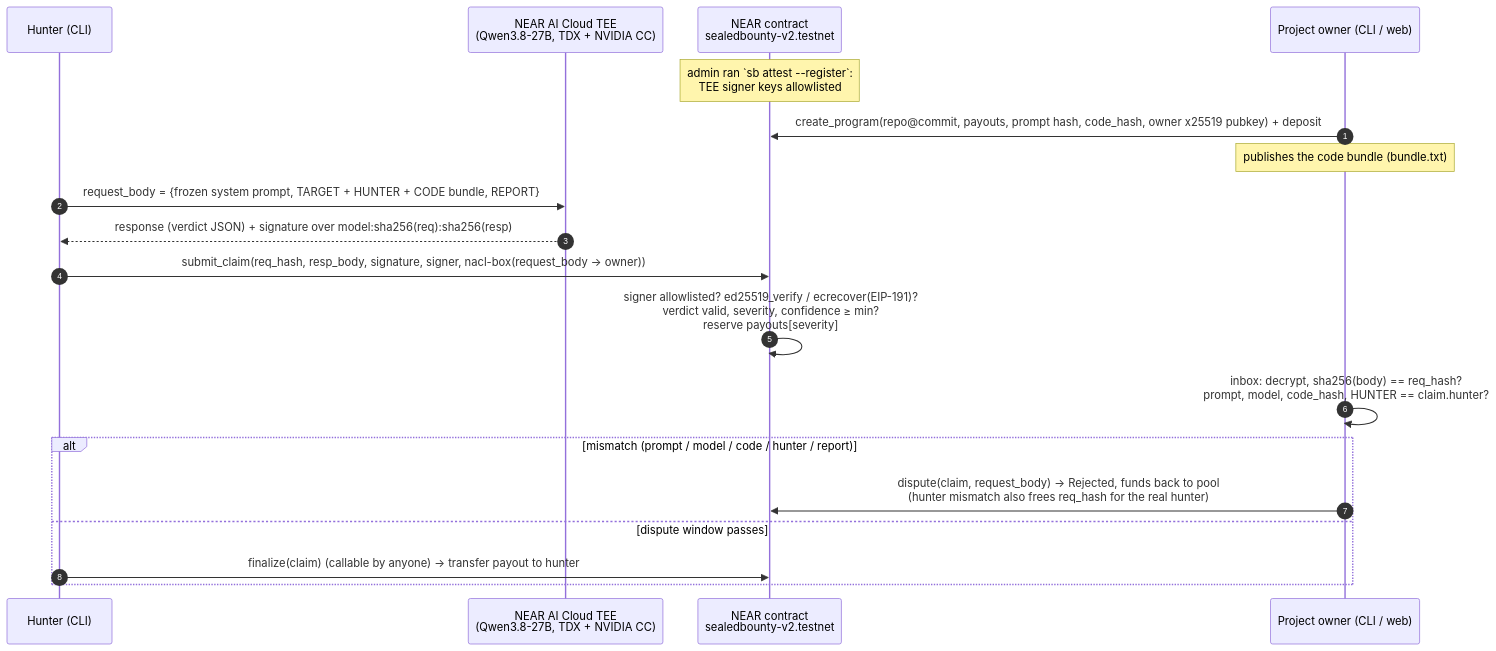
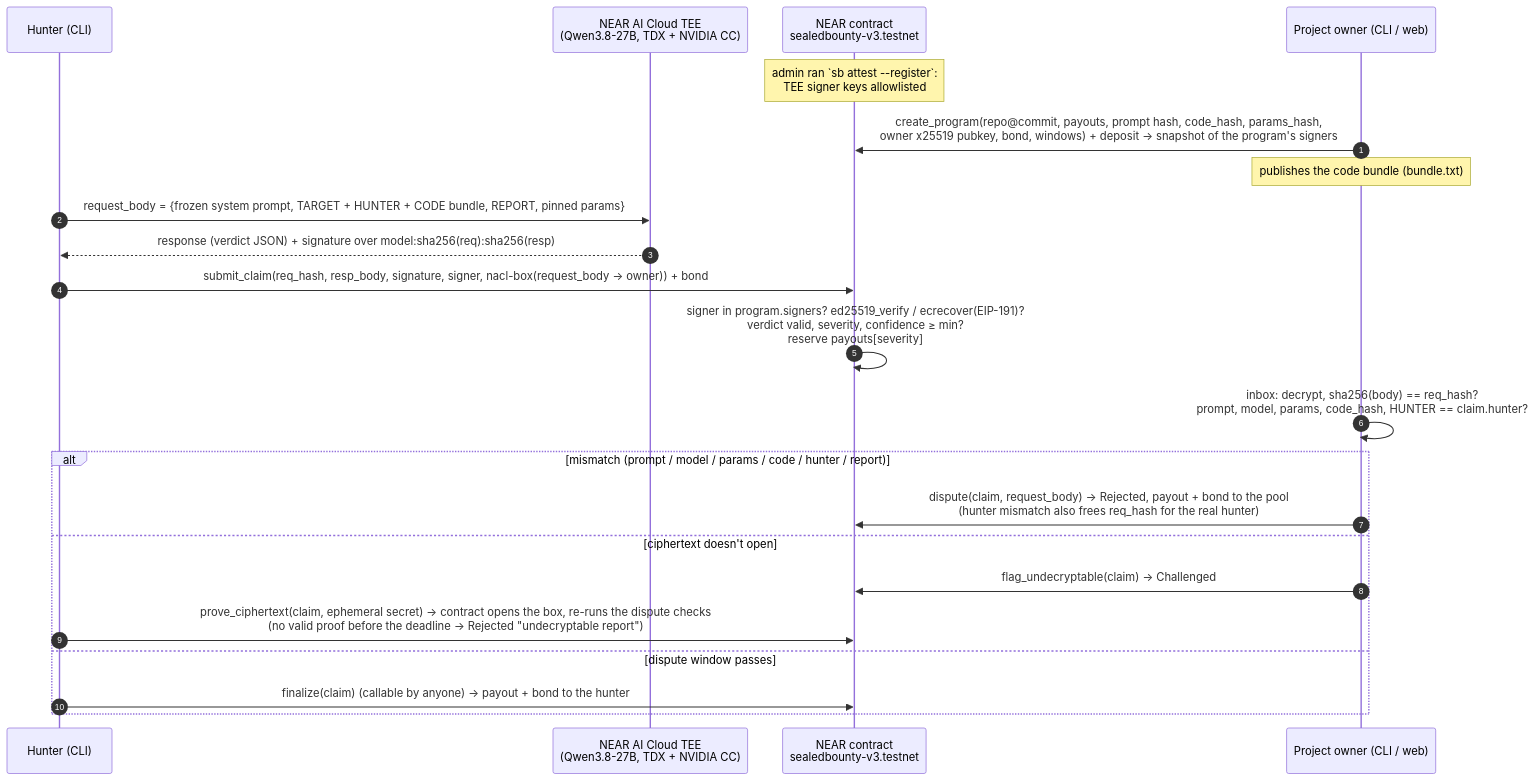
Before and after one commit to Jds-23/sealedbounty: the diagram in README.md, drawn with Mermaid. The commit also changed other lines of this file and 8 other files, not shown here.

````diff
--- a/README.md
+++ b/README.md
@@ -26,21 +33,24 @@
 ```mermaid
 sequenceDiagram
     autonumber
     participant H as Hunter (CLI)
     participant T as NEAR AI Cloud TEE<br/>(Qwen3.8-27B, TDX + NVIDIA CC)
-    participant C as NEAR contract<br/>sealedbounty-v2.testnet
+    participant C as NEAR contract<br/>sealedbounty-v3.testnet
     participant O as Project owner (CLI / web)
     Note over C: admin ran `sb attest --register`:<br/>TEE signer keys allowlisted
-    O->>C: create_program(repo@commit, payouts, prompt hash, code_hash, owner x25519 pubkey) + deposit
+    O->>C: create_program(repo@commit, payouts, prompt hash, code_hash, params_hash,<br/>owner x25519 pubkey, bond, windows) + deposit → snapshot of the program's signers
     Note over O: publishes the code bundle (bundle.txt)
-    H->>T: request_body = {frozen system prompt, TARGET + HUNTER + CODE bundle, REPORT}
+    H->>T: request_body = {frozen system prompt, TARGET + HUNTER + CODE bundle, REPORT, pinned params}
     T-->>H: response (verdict JSON) + signature over model:sha256(req):sha256(resp)
-    H->>C: submit_claim(req_hash, resp_body, signature, signer, nacl-box(request_body → owner))
-    C->>C: signer allowlisted? ed25519_verify / ecrecover(EIP-191)?<br/>verdict valid, severity, confidence ≥ min?<br/>reserve payouts[severity]
-    O->>O: inbox: decrypt, sha256(body) == req_hash?<br/>prompt, model, code_hash, HUNTER == claim.hunter?
-    alt mismatch (prompt / model / code / hunter / report)
-        O->>C: dispute(claim, request_body) → Rejected, funds back to pool<br/>(hunter mismatch also frees req_hash for the real hunter)
+    H->>C: submit_claim(req_hash, resp_body, signature, signer, nacl-box(request_body → owner)) + bond
+    C->>C: signer in program.signers? ed25519_verify / ecrecover(EIP-191)?<br/>verdict valid, severity, confidence ≥ min?<br/>reserve payouts[severity]
+    O->>O: inbox: decrypt, sha256(body) == req_hash?<br/>prompt, model, params, code_hash, HUNTER == claim.hunter?
+    alt mismatch (prompt / model / params / code / hunter / report)
+        O->>C: dispute(claim, request_body) → Rejected, payout + bond to the pool<br/>(hunter mismatch also frees req_hash for the real hunter)
+    else ciphertext doesn't open
+        O->>C: flag_undecryptable(claim) → Challenged
+        H->>C: prove_ciphertext(claim, ephemeral secret) → contract opens the box, re-runs the dispute checks<br/>(no valid proof before the deadline → Rejected "undecryptable report")
     else dispute window passes
-        H->>C: finalize(claim) (callable by anyone) → transfer payout to hunter
+        H->>C: finalize(claim) (callable by anyone) → payout + bond to the hunter
     end
 ```
````
